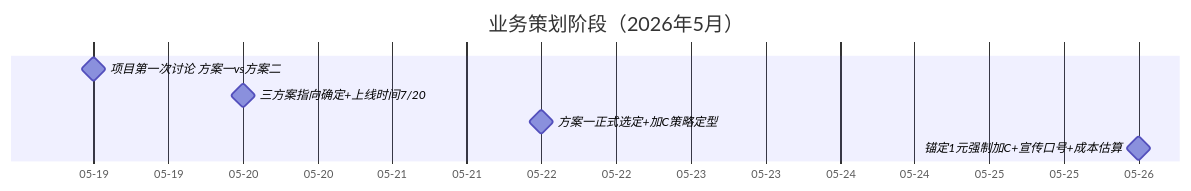
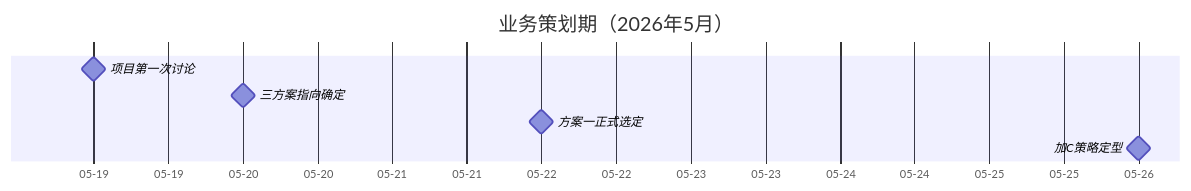
The second of 5 diagrams in 项目沉淀/一物一码/07-项目全景/一物一码项目全生命周期地图.md (yingji945/obsidian-vault), drawn with Mermaid before and after one commit. The commit also changed other lines of this file, not shown here.

Commit message:
重构：一物一码全生命周期地图→三轨并行版（业务+研发+数据），标注9个交叉影响节点⚡

````diff
--- a/项目沉淀/一物一码/07-项目全景/一物一码项目全生命周期地图.md
+++ b/项目沉淀/一物一码/07-项目全景/一物一码项目全生命周期地图.md
@@ -16,11 +68,11 @@
 ```mermaid
 gantt
-    title 业务策划阶段（2026年5月）
+    title 业务策划期（2026年5月）
     dateFormat  YYYY-MM-DD
     axisFormat  %m-%d
-    
-    项目第一次讨论 方案一vs方案二  :milestone, 2026-05-19, 0d
-    三方案指向确定+上线时间7/20  :milestone, 2026-05-20, 0d
-    方案一正式选定+加C策略定型   :milestone, 2026-05-22, 0d
-    锚定1元强制加C+宣传口号+成本估算 :milestone, 2026-05-26, 0d
+
+    项目第一次讨论 :milestone, 2026-05-19, 0d
+    三方案指向确定 :milestone, 2026-05-20, 0d
+    方案一正式选定 :milestone, 2026-05-22, 0d
+    加C策略定型   :milestone, 2026-05-26, 0d
 ```
````
